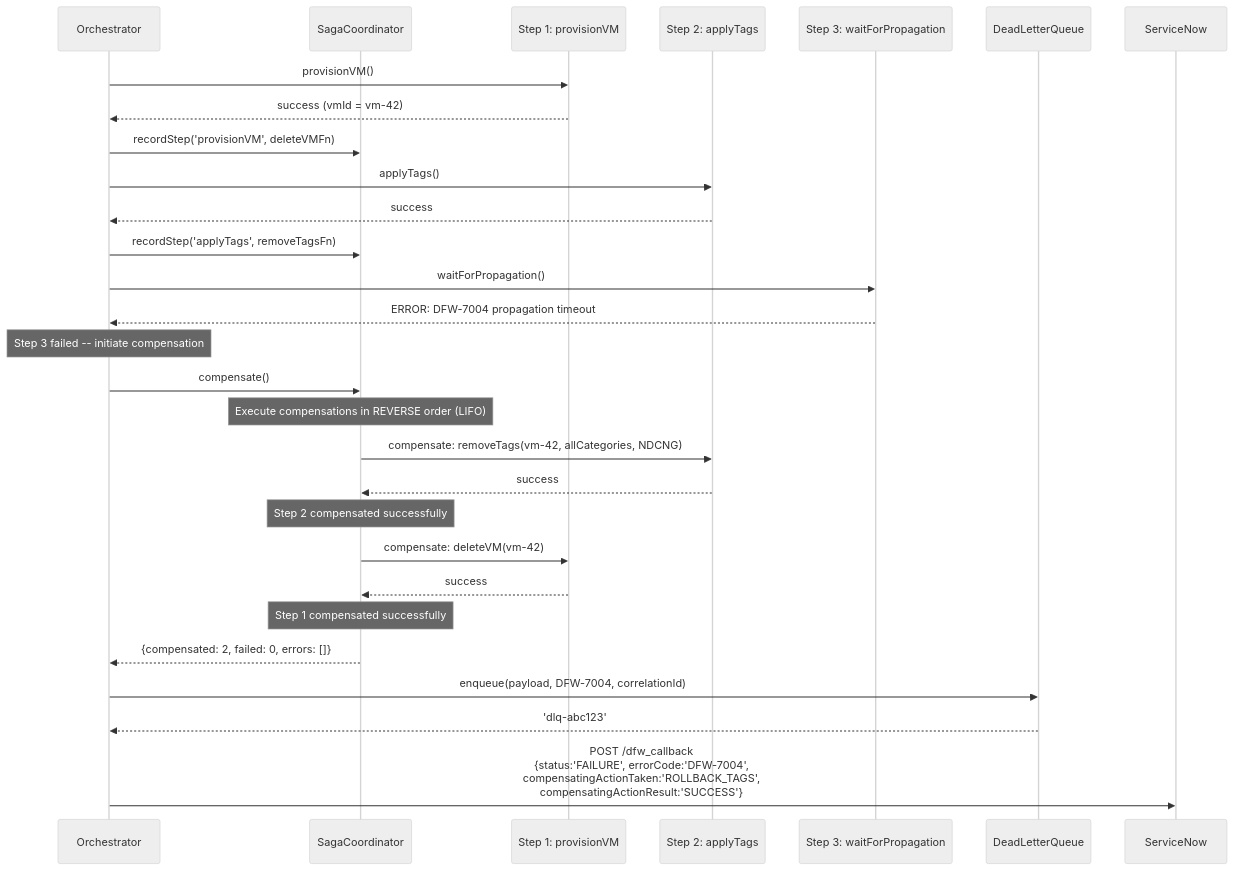
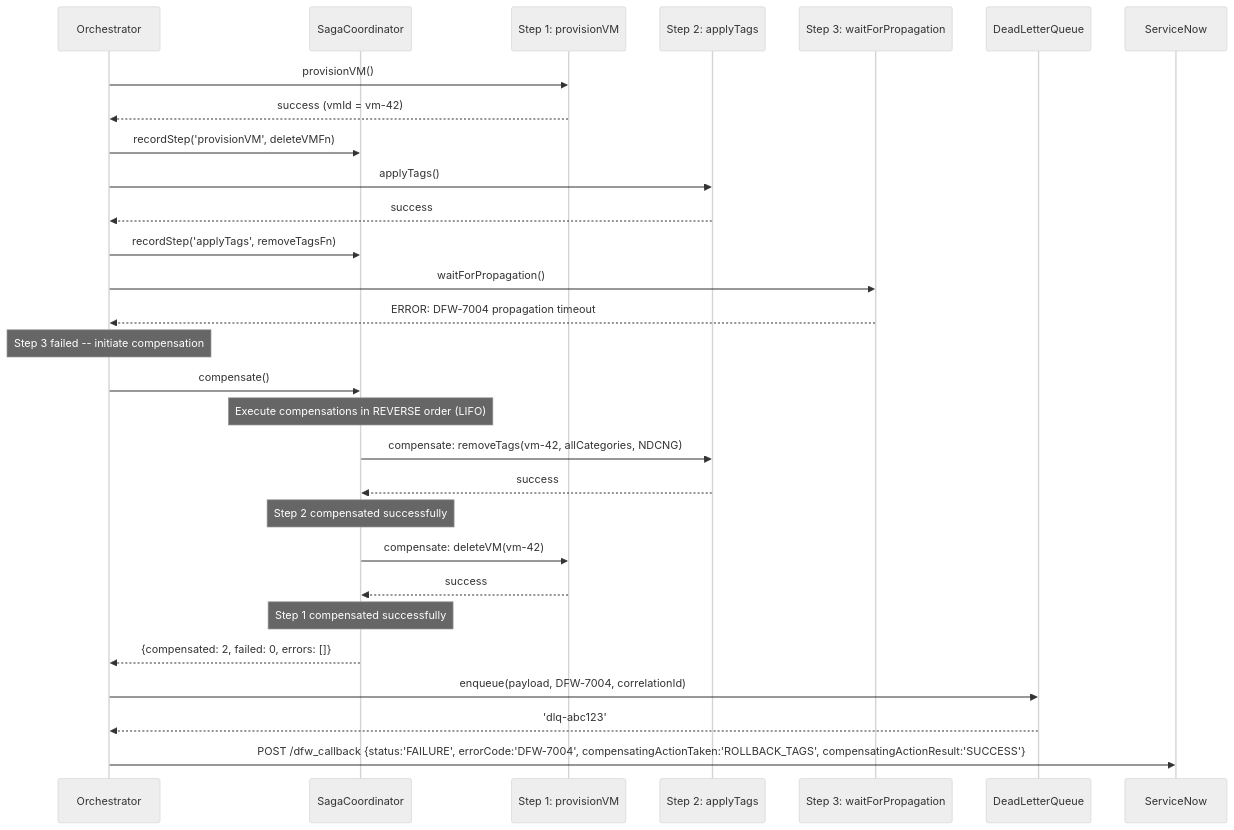
Before and after one commit to srikanth-nalam/dfw-automation-pipeline: the fifth of 10 diagrams in docs/LLD.md, drawn with Mermaid (neutral theme). The commit also changed other lines of this file and 8 other files, not shown here.

First line of the commit message:
fix(docs): resolve Mermaid diagram rendering issues in HLD.md

````diff
--- a/docs/LLD.md
+++ b/docs/LLD.md
@@ -1109,41 +1109,41 @@
 ```mermaid
 sequenceDiagram
     participant VRO as Orchestrator
     participant Saga as SagaCoordinator
     participant S1 as Step 1: provisionVM
     participant S2 as Step 2: applyTags
     participant S3 as Step 3: waitForPropagation
     participant DLQ as DeadLetterQueue
     participant SNOW as ServiceNow
 
     VRO->>S1: provisionVM()
     S1-->>VRO: success (vmId = vm-42)
     VRO->>Saga: recordStep('provisionVM', deleteVMFn)
 
     VRO->>S2: applyTags()
     S2-->>VRO: success
     VRO->>Saga: recordStep('applyTags', removeTagsFn)
 
     VRO->>S3: waitForPropagation()
     S3-->>VRO: ERROR: DFW-7004 propagation timeout
 
     Note over VRO: Step 3 failed -- initiate compensation
 
     VRO->>Saga: compensate()
     Note over Saga: Execute compensations in REVERSE order (LIFO)
 
     Saga->>S2: compensate: removeTags(vm-42, allCategories, NDCNG)
     S2-->>Saga: success
     Note over Saga: Step 2 compensated successfully
 
     Saga->>S1: compensate: deleteVM(vm-42)
     S1-->>Saga: success
     Note over Saga: Step 1 compensated successfully
 
     Saga-->>VRO: {compensated: 2, failed: 0, errors: []}
 
     VRO->>DLQ: enqueue(payload, DFW-7004, correlationId)
     DLQ-->>VRO: 'dlq-abc123'
 
-    VRO->>SNOW: POST /dfw_callback<br/>{status:'FAILURE', errorCode:'DFW-7004',<br/>compensatingActionTaken:'ROLLBACK_TAGS',<br/>compensatingActionResult:'SUCCESS'}
+    VRO->>SNOW: POST /dfw_callback {status:'FAILURE', errorCode:'DFW-7004', compensatingActionTaken:'ROLLBACK_TAGS', compensatingActionResult:'SUCCESS'}
 ```
````
